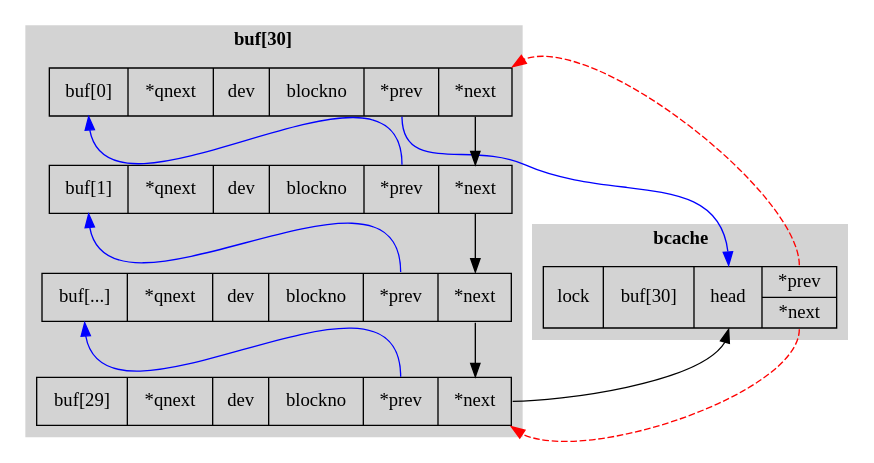
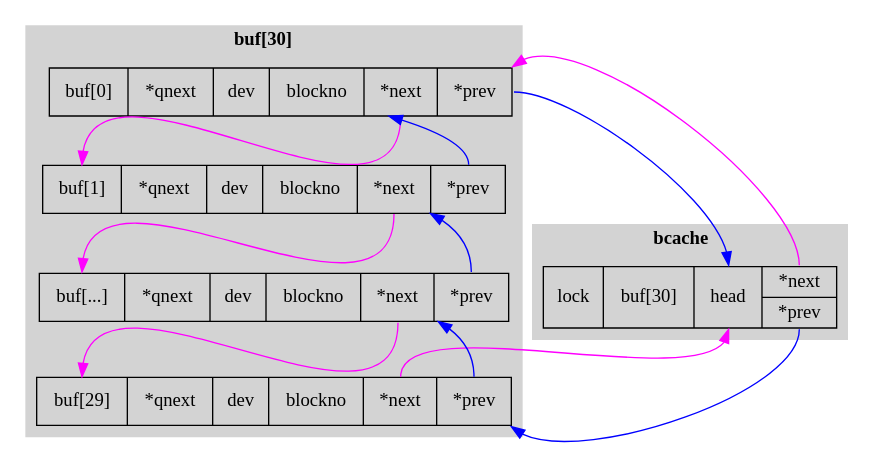
The diagram in img/bcache-LRU.dot (Jeanhwea/xv6-course), drawn with Graphviz before and after one commit. The commit also changed 1 other file, not shown here.

```diff
--- a/img/bcache-LRU.dot
+++ b/img/bcache-LRU.dot
@@ -1,34 +1,34 @@
 digraph bcache_LRU {
   // rankdir=LR;
   node [shape=record];
 
   subgraph cluster_bcache {
     label=<<b>bcache</b>>; style=filled; color=lightgray;
-    bcache[label="lock|<b>buf[30]|<h>head|{<p>*prev|<n>*next}"];
+    bcache[label="lock|<b>buf[30]|<h>head|{<n>*next|<p>*prev}"];
   }
   // bcache:b -> cluster_bufs;
 
 
   subgraph cluster_bufs {
     label=<<b>buf[30]</b>>; style=filled; color=lightgray;
-    buf1[label="<a>buf[0]  |*qnext|dev|blockno|<p>*prev|<n>*next"];
-    buf2[label="<a>buf[1]  |*qnext|dev|blockno|<p>*prev|<n>*next"];
-    buf3[label="<a>buf[...]|*qnext|dev|blockno|<p>*prev|<n>*next"];
-    buf9[label="<a>buf[29] |*qnext|dev|blockno|<p>*prev|<n>*next"];
+    buf1[label="<a>buf[0]  |*qnext|dev|blockno|<n>*next|<p>*prev"];
+    buf2[label="<a>buf[1]  |*qnext|dev|blockno|<n>*next|<p>*prev"];
+    buf3[label="<a>buf[...]|*qnext|dev|blockno|<n>*next|<p>*prev"];
+    buf9[label="<a>buf[29] |*qnext|dev|blockno|<n>*next|<p>*prev"];
   }
 
   // {rank=same buf1 buf2 buf9}
 
-  buf1:n -> buf2:n   [color=black];
-  buf2:n -> buf3:n   [color=black];
-  buf3:n -> buf9:n   [color=black];
-  buf9:n -> bcache:h [color=black];
+  buf1:n -> buf2:a   [color=magenta];
+  buf2:n -> buf3:a   [color=magenta];
+  buf3:n -> buf9:a   [color=magenta];
+  buf9:n -> bcache:h [color=magenta];
 
-  buf9:p -> buf3:a   [color=blue];
-  buf3:p -> buf2:a   [color=blue];
-  buf2:p -> buf1:a   [color=blue];
+  buf9:p -> buf3     [color=blue];
+  buf3:p -> buf2     [color=blue];
+  buf2:p -> buf1     [color=blue];
   buf1:p -> bcache:h [color=blue];
 
-  bcache:n -> buf9:se [color=red style=dashed];
-  bcache:p -> buf1:ne [color=red style=dashed];
+  bcache:n -> buf1:ne [color=magenta];
+  bcache:p -> buf9:se [color=blue   ];
 }
```
